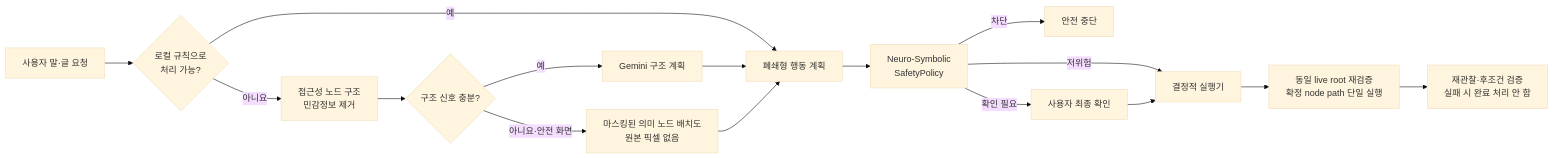
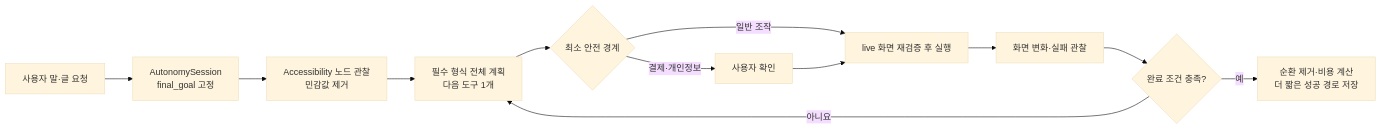
The diagram in README.md (hwanghj09/sonju), drawn with Mermaid (base theme) before and after one commit. The commit also changed other lines of this file and 21 other files, not shown here.

````diff
--- a/README.md
+++ b/README.md
@@ -40,18 +36,14 @@
 ```mermaid
 flowchart LR
-    U["사용자 말·글 요청"] --> L{"로컬 규칙으로<br/>처리 가능?"}
-    L -->|예| P["폐쇄형 행동 계획"]
-    L -->|아니요| A["접근성 노드 구조<br/>민감정보 제거"]
-    A --> S{"구조 신호 충분?"}
-    S -->|예| G["Gemini 구조 계획"]
-    S -->|아니요·안전 화면| V["마스킹된 의미 노드 배치도<br/>원본 픽셀 없음"]
-    G --> P
-    V --> P
-    P --> N["Neuro-Symbolic<br/>SafetyPolicy"]
-    N -->|차단| X["안전 중단"]
-    N -->|확인 필요| C["사용자 최종 확인"]
-    N -->|저위험| E["결정적 실행기"]
+    U["사용자 말·글 요청"] --> S["AutonomySession<br/>final_goal 고정"]
+    S --> A["Accessibility 노드 관찰<br/>민감값 제거"]
+    A --> M["필수 형식 전체 계획<br/>다음 도구 1개"]
+    M --> G{"최소 안전 경계"}
+    G -->|일반 조작| E["live 화면 재검증 후 실행"]
+    G -->|결제·개인정보| C["사용자 확인"]
     C --> E
-    E --> R["동일 live root 재검증<br/>확정 node path 단일 실행"]
-    R --> O["재관찰·후조건 검증<br/>실패 시 완료 처리 안 함"]
+    E --> O["화면 변화·실패 관찰"]
+    O --> D{"완료 조건 충족?"}
+    D -->|아니요| M
+    D -->|예| R["순환 제거·비용 계산<br/>더 짧은 성공 경로 저장"]
 ```
````
